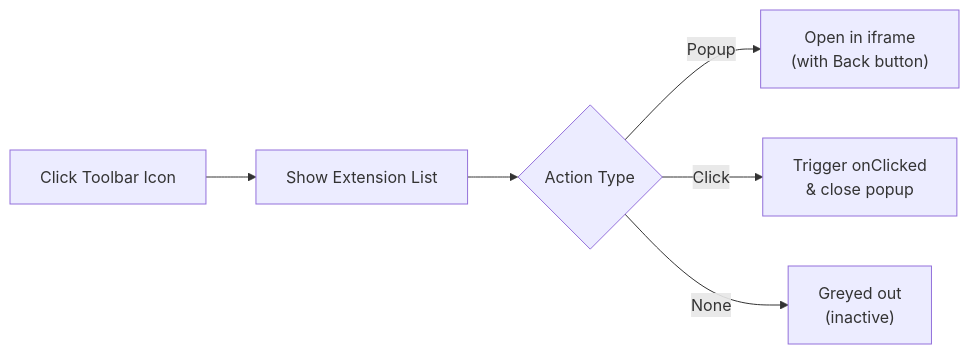
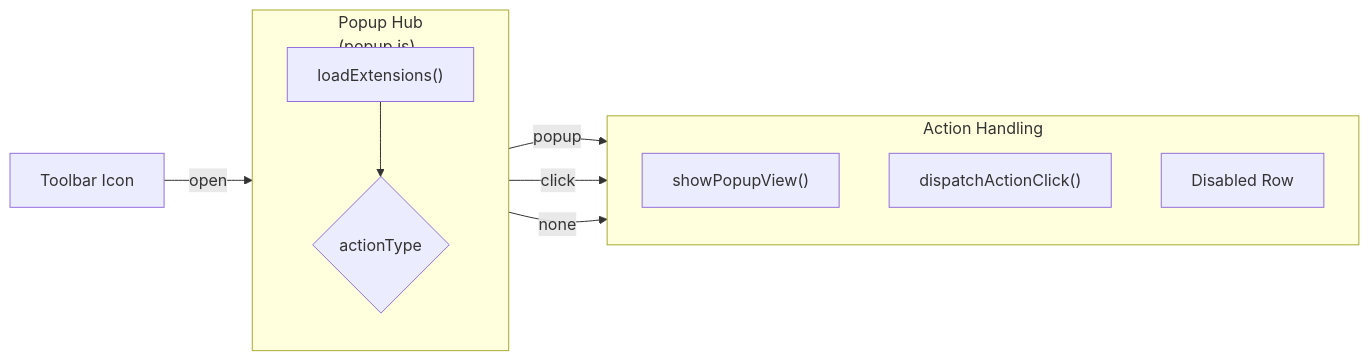
The sixth of 7 diagrams in docs/architecture.md (easonwong-de/Wirt), drawn with Mermaid before and after one commit. The commit also changed other lines of this file, not shown here.

Commit message:
docs: polish architecture documentaion

````diff
--- a/docs/architecture.md
+++ b/docs/architecture.md
@@ -194,8 +213,20 @@
 ```mermaid
 flowchart LR
-    ClickToolbar["Click Toolbar Icon"] --> ShowHub["Show Extension List"]
-    ShowHub --> Branch{"Action Type"}
-    Branch -->|"Popup"| ViewPopup["Open in iframe\n(with Back button)"]
-    Branch -->|"Click"| RunAction["Trigger onClicked\n& close popup"]
-    Branch -->|"None"| GreyedOut["Greyed out\n(inactive)"]
+    Icon["Toolbar Icon"] -->|"open"| Hub
+
+    subgraph Hub["Popup Hub<br/>(popup.js)"]
+        direction TB
+        List["loadExtensions()"] --> Type{"actionType"}
+    end
+
+    subgraph Actions["Action Handling"]
+        direction TB
+        View["showPopupView()"]
+        Click["dispatchActionClick()"]
+        Disabled["Disabled Row"]
+    end
+
+    Type -->|"popup"| View
+    Type -->|"click"| Click
+    Type -->|"none"| Disabled
 ```
````
